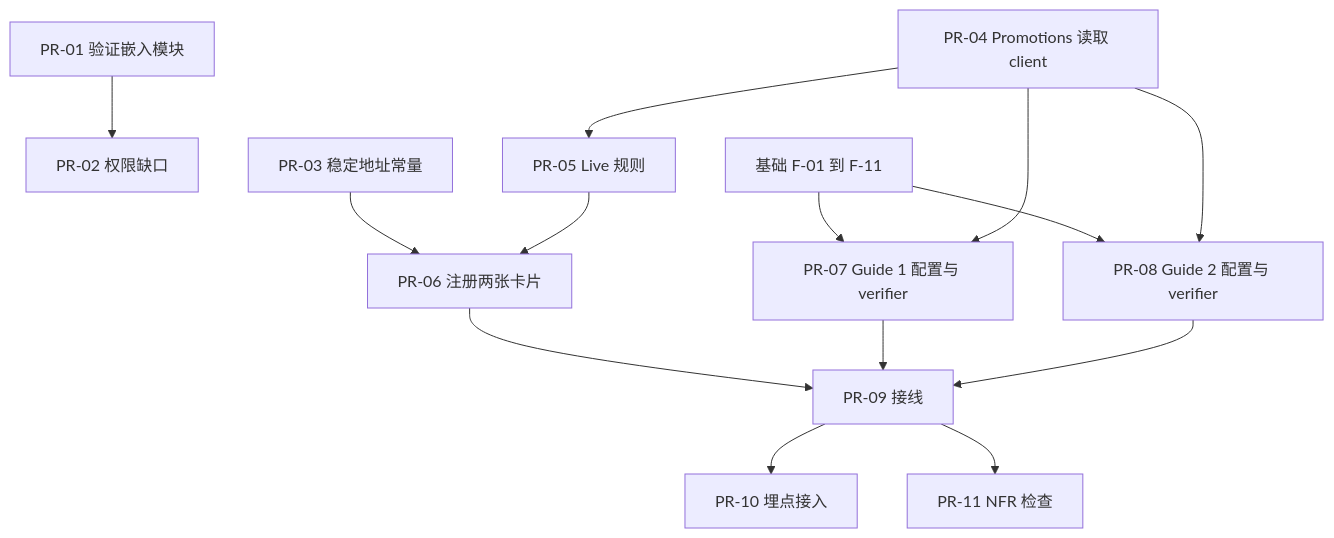
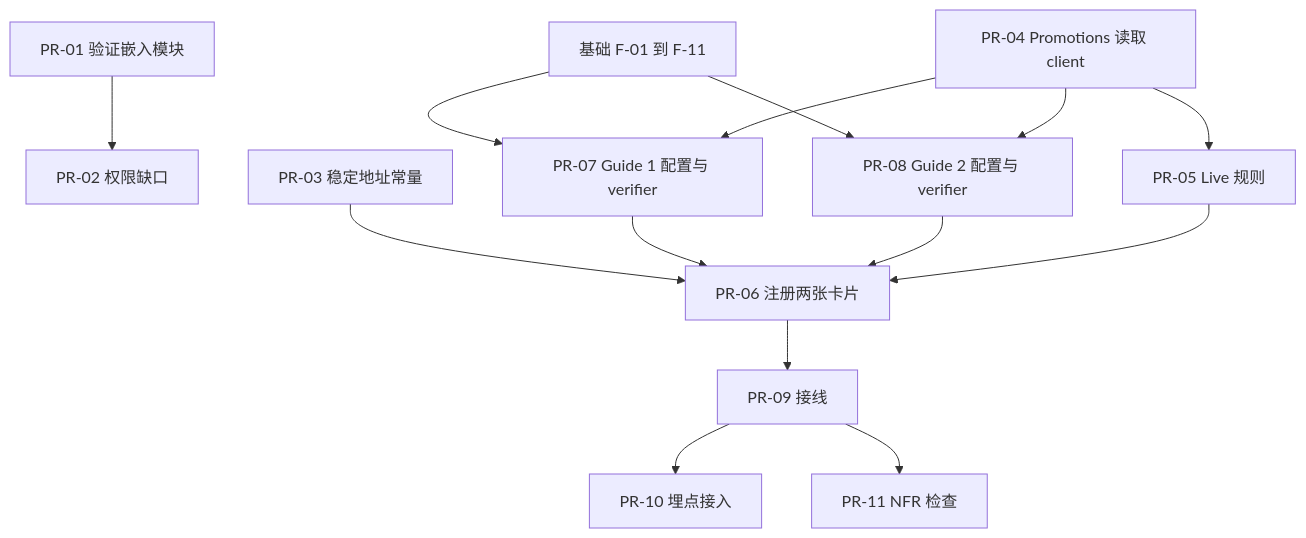
The diagram in promotions-advanced-detail-plan.md (whhe-coder/f2p-new-feature), drawn with Mermaid before and after one commit. The commit also changed other lines of this file and 2 other files, not shown here.

````diff
--- a/promotions-advanced-detail-plan.md
+++ b/promotions-advanced-detail-plan.md
@@ -13,16 +13,16 @@
 ```mermaid
 flowchart TD
   PR01[PR-01 验证嵌入模块] --> PR02[PR-02 权限缺口]
   PR03[PR-03 稳定地址常量] --> PR06
+  PR07 --> PR06
+  PR08 --> PR06
   PR04[PR-04 Promotions 读取 client] --> PR05[PR-05 Live 规则]
   PR05 --> PR06[PR-06 注册两张卡片]
   F[基础 F-01 到 F-11] --> PR07
   F --> PR08
   PR04 --> PR07[PR-07 Guide 1 配置与 verifier]
   PR04 --> PR08[PR-08 Guide 2 配置与 verifier]
   PR06 --> PR09[PR-09 接线]
-  PR07 --> PR09
-  PR08 --> PR09
   PR09 --> PR10[PR-10 埋点接入]
   PR09 --> PR11[PR-11 NFR 检查]
 ```
````
